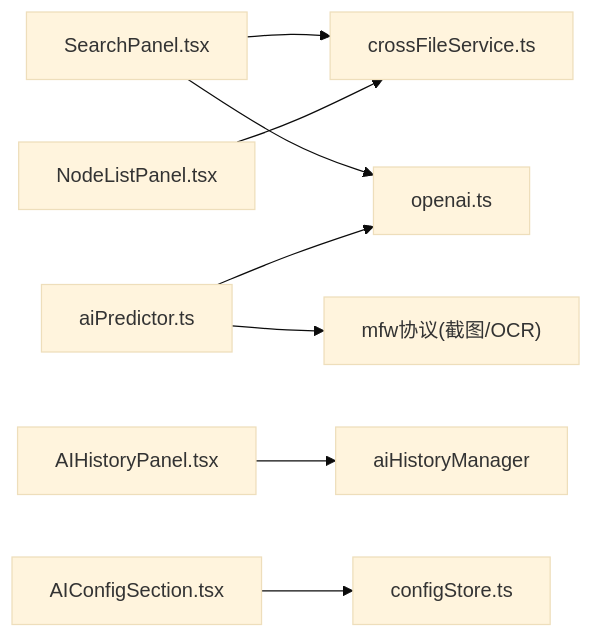
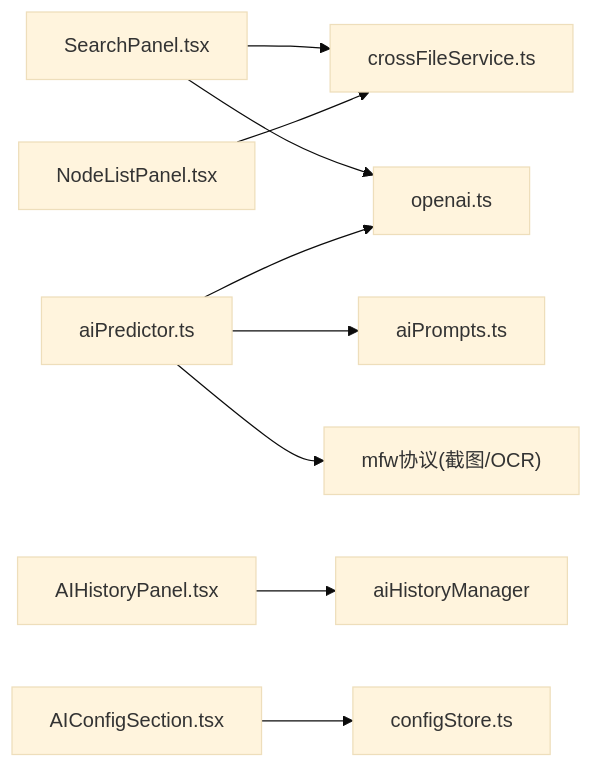
One commit to kqcoxn/MaaPipelineEditor changed the ninth of 9 diagrams in .qoder/repowiki/zh/content/AI辅助功能/AI辅助功能.md. Above: the diagram before and after it, drawn with Mermaid (base theme). The commit also changed other lines of this file and 50 other files, not shown here.

````diff
--- a/.qoder/repowiki/zh/content/AI辅助功能/AI辅助功能.md
+++ b/.qoder/repowiki/zh/content/AI辅助功能/AI辅助功能.md
@@ -308,10 +368,11 @@
 ```mermaid
 graph LR
 SP["SearchPanel.tsx"] --> CFS["crossFileService.ts"]
 SP --> OA["openai.ts"]
 NLP["NodeListPanel.tsx"] --> CFS
 AIP["aiPredictor.ts"] --> OA
+AIP --> AIPROMPT["aiPrompts.ts"]
 AIP --> MFW["mfw协议(截图/OCR)"]
 HIS["AIHistoryPanel.tsx"] --> HM["aiHistoryManager"]
 AICFG["AIConfigSection.tsx"] --> CFG["configStore.ts"]
 ```
````
